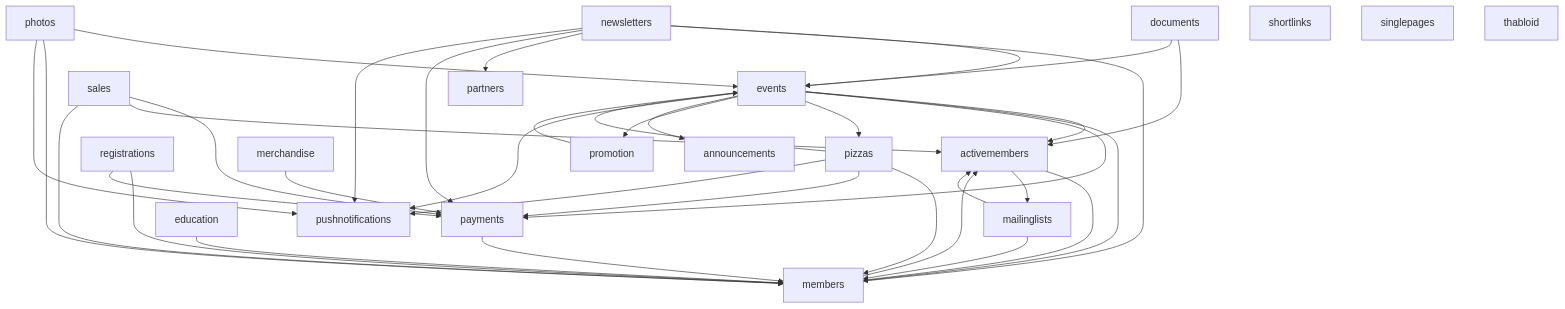
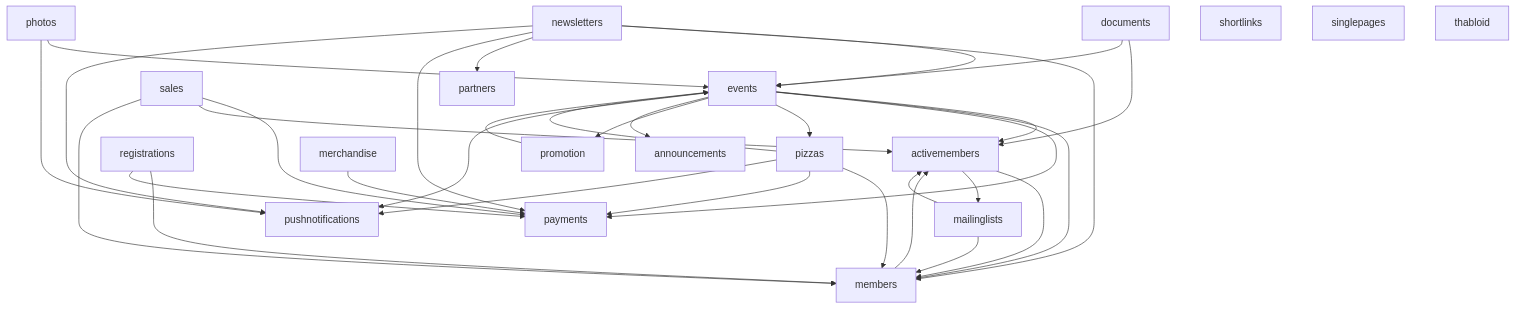
Before and after one commit to svthalia/concrexit: the diagram in README.md, drawn with Mermaid. The commit also changed 5 other files, not shown here.

````diff
--- a/README.md
+++ b/README.md
@@ -70,61 +70,56 @@
 ```mermaid
 graph TD;
     activemembers --> members;
     activemembers --> mailinglists;
     events --> activemembers;
     events --> members;
     events --> payments;
     mailinglists --> activemembers;
     mailinglists --> members;
     newsletters --> events;
     newsletters --> members;
     newsletters --> partners;
     photos --> events;
     pizzas --> events;
     pizzas --> members;
     pizzas --> payments;
     promotion --> events;
     registrations --> members;
     registrations --> payments;
     sales --> payments;
     sales --> activemembers;
+    sales --> members;
 
     documents;
     partners;
     announcements;
     pushnotifications;
     shortlinks;
     singlepages;
     thabloid;
-    
-    %% Current dependencies that are problematic and for which issues exist for fixing 
+
+    %% Current dependencies that are problematic and for which issues exist for fixing
     %% 2757
     documents --> activemembers;
     documents --> events;
 
     %% 2754
     merchandise --> payments;
     newsletters --> payments;
 
-    %% 2752
-    education --> members;
-    payments --> members; 
-    photos --> members;
-    sales --> members;
-
     %% #2753
-    events --> pizzas; 
+    events --> pizzas;
     events --> promotion;
 
     %% #2756
     members --> activemembers;
 
     %% #2579
-    events --> announcements; 
+    events --> announcements;
 
     %% 2758
     newsletters --> pushnotifications;
     events --> pushnotifications;
     photos --> pushnotifications;
     pizzas --> pushnotifications;
 ```
````
